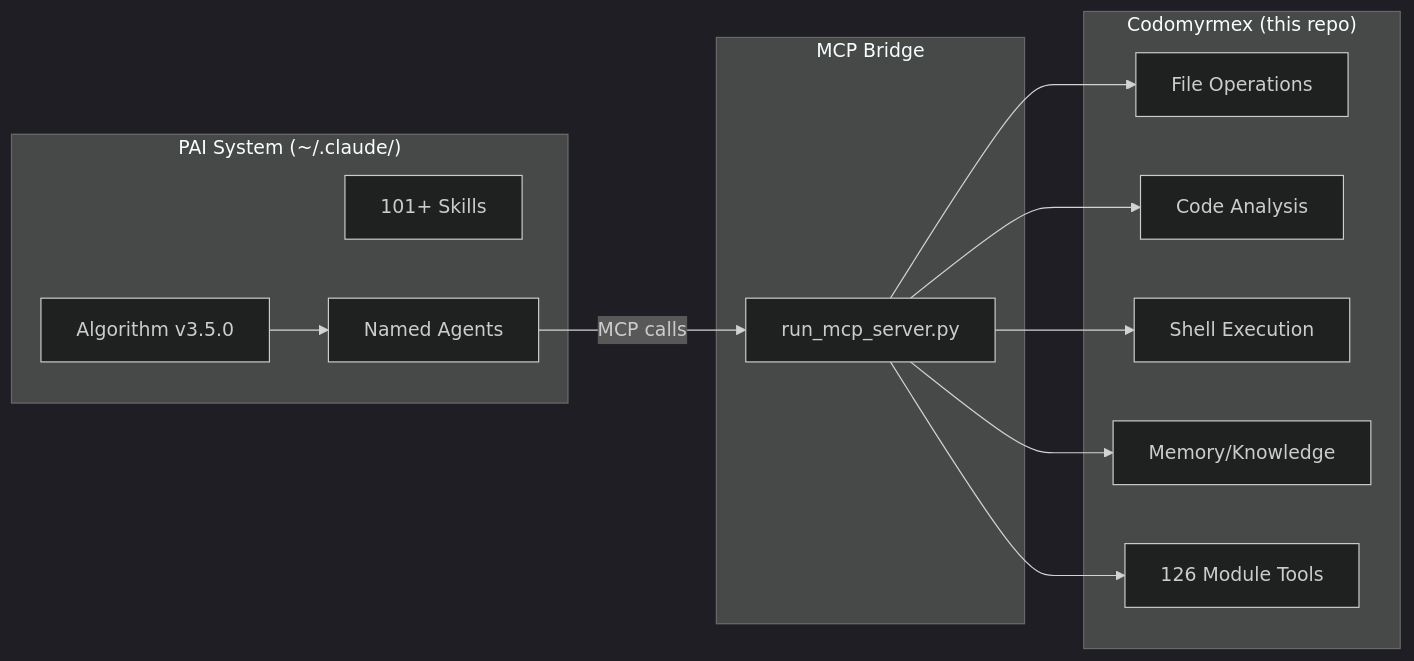
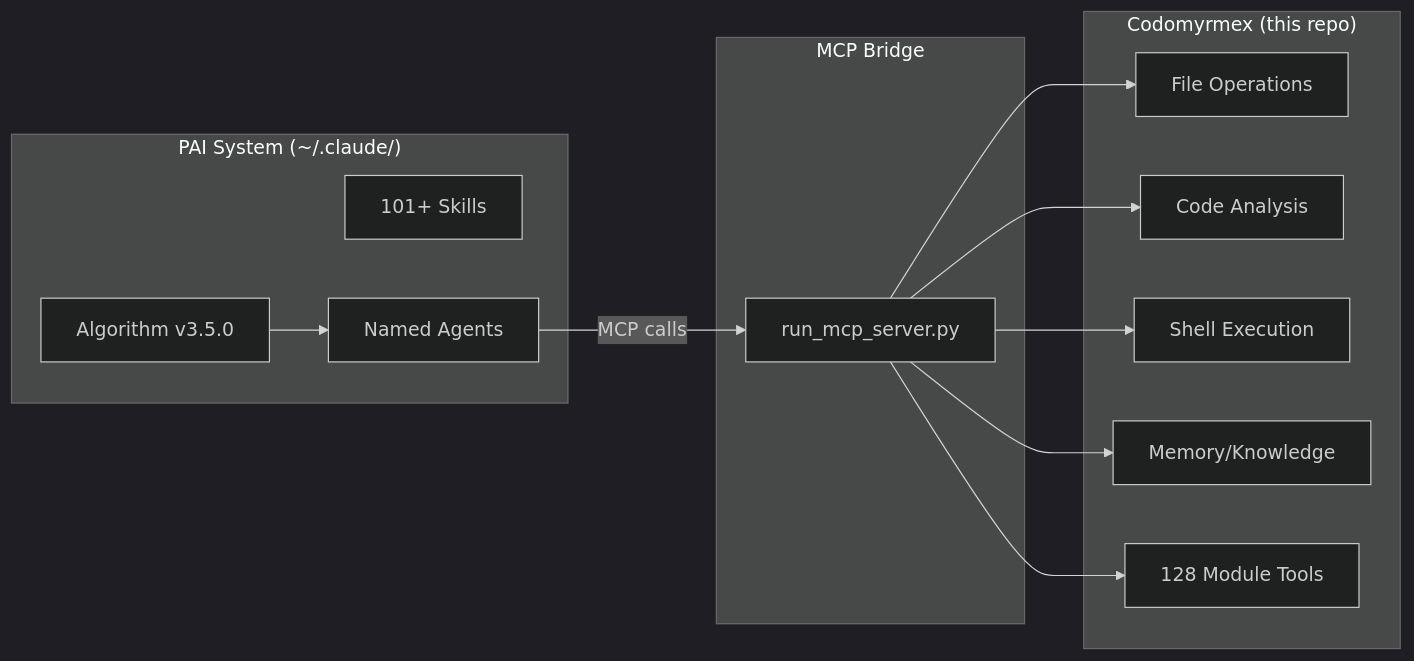
Before and after one commit to docxology/codomyrmex: the diagram in PAI.md, drawn with Mermaid (dark theme). The commit also changed other lines of this file and 44 other files, not shown here.

````diff
--- a/PAI.md
+++ b/PAI.md
@@ -35,28 +35,28 @@
 ```mermaid
 graph LR
     subgraph PAI ["PAI System (~/.claude/)"]
         Algo["Algorithm v3.5.0"]
         Skills["101+ Skills"]
         Agents["Named Agents"]
     end
 
     subgraph Bridge ["MCP Bridge"]
         Server["run_mcp_server.py"]
     end
 
     subgraph Codomyrmex ["Codomyrmex (this repo)"]
         FileOps["File Operations"]
         CodeAnalysis["Code Analysis"]
         Shell["Shell Execution"]
         Memory["Memory/Knowledge"]
-        Modules["126 Module Tools"]
+        Modules["128 Module Tools"]
     end
 
     Algo --> Agents
     Agents -->|"MCP calls"| Server
     Server --> FileOps
     Server --> CodeAnalysis
     Server --> Shell
     Server --> Memory
     Server --> Modules
 ```
````
